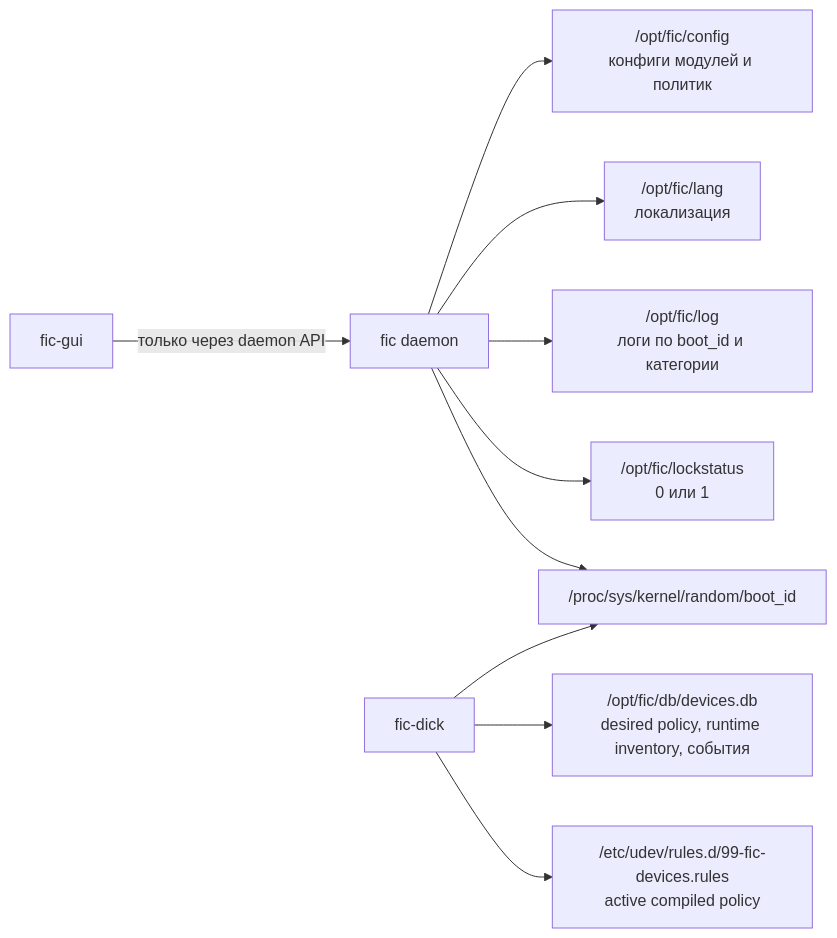
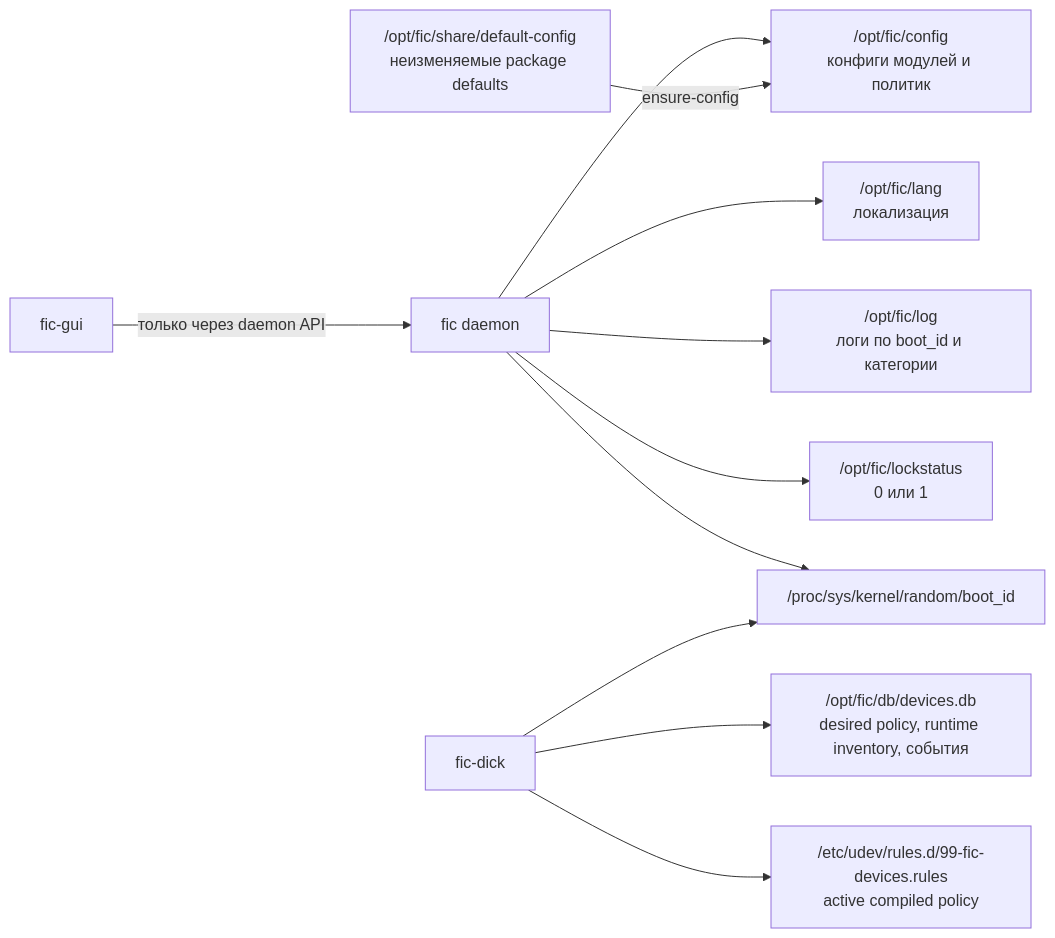
One commit to RevoltStar/FIC changed diagram 19 of 19 in docs/architecture-diagrams.md. Above: the diagram before and after it, drawn with Mermaid. The commit also changed other lines of this file and 20 other files, not shown here.

````diff
--- a/docs/architecture-diagrams.md
+++ b/docs/architecture-diagrams.md
@@ -806,25 +809,27 @@
 ```mermaid
 flowchart LR
     daemon[fic daemon]
     dick[fic-dick]
     gui[fic-gui]
 
     config["/opt/fic/config<br/>конфиги модулей и политик"]
+    defaults["/opt/fic/share/default-config<br/>неизменяемые package defaults"]
     lang["/opt/fic/lang<br/>локализация"]
     logs["/opt/fic/log<br/>логи по boot_id и категории"]
     lockstatus["/opt/fic/lockstatus<br/>0 или 1"]
     db["/opt/fic/db/devices.db<br/>desired policy, runtime inventory, события"]
     rules["/etc/udev/rules.d/99-fic-devices.rules<br/>active compiled policy"]
     proc["/proc/sys/kernel/random/boot_id"]
 
     daemon --> config
+    defaults -->|ensure-config| config
     daemon --> lang
     daemon --> logs
     daemon --> lockstatus
     daemon --> proc
 
     dick --> db
     dick --> rules
     dick --> proc
     gui -->|только через daemon API| daemon
 ```
````
